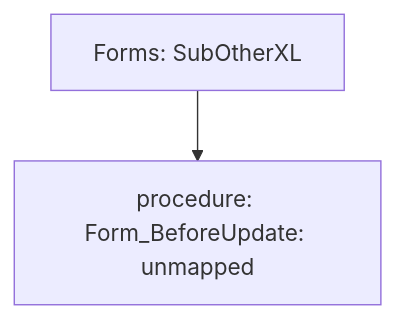
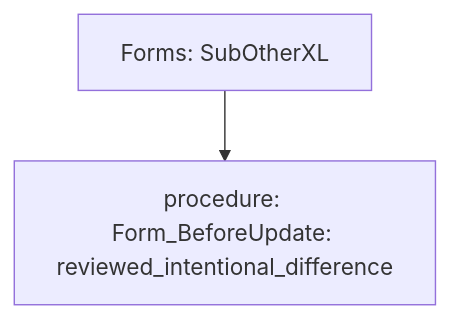
The diagram in data-raw/parity/generated/trees/forms-subotherxl.mmd (Boostao/vpro), drawn with Mermaid before and after one commit. The commit also changed 47 other files, not shown here.

```diff
--- a/data-raw/parity/generated/trees/forms-subotherxl.mmd
+++ b/data-raw/parity/generated/trees/forms-subotherxl.mmd
@@ -1,3 +1,3 @@
 flowchart TD
   root[Forms: SubOtherXL]
-  root --> n1[procedure: Form_BeforeUpdate: unmapped]
+  root --> n1[procedure: Form_BeforeUpdate: reviewed_intentional_difference]
```
